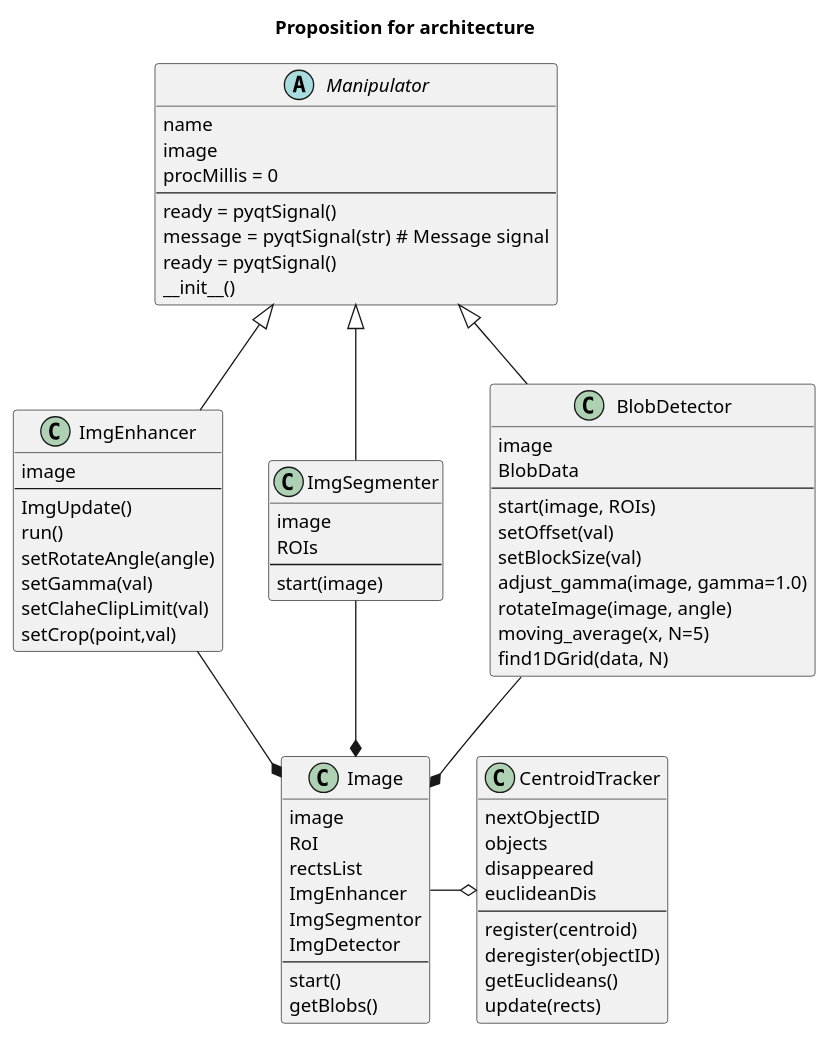
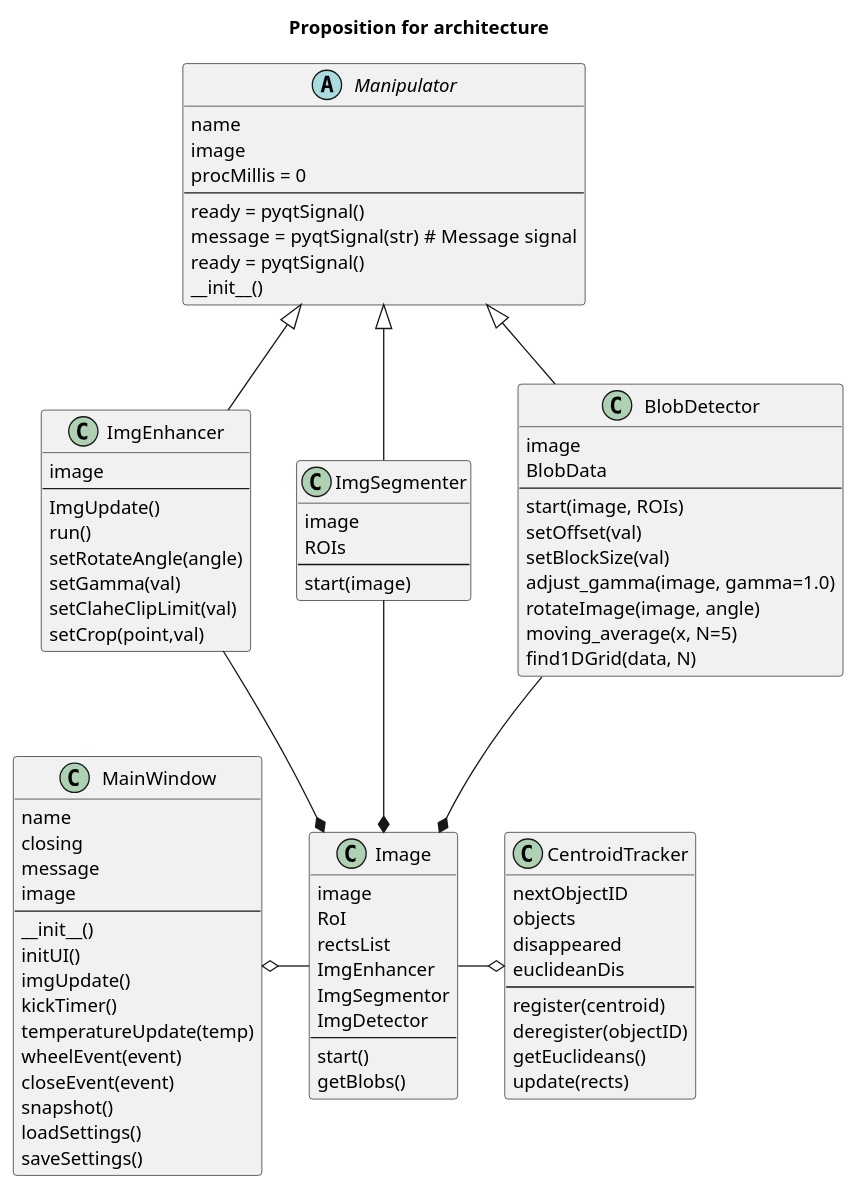
One commit to HANprojectsENG/SPOT2 changed the diagram in classdiagram.puml. Above: the diagram before and after it, drawn with PlantUML.

Commit message:
updated classdiagram

```diff
--- a/classdiagram.puml
+++ b/classdiagram.puml
@@ -1,78 +1,97 @@
 @@startuml
 
 title "Proposition for architecture"
 
 abstract Manipulator{
     name
     image
     procMillis = 0 
     --
     ready = pyqtSignal()
     message = pyqtSignal(str)  # Message signal
     ready = pyqtSignal()
     __init__()
 }
 
 class ImgEnhancer{
     image
     --
     ImgUpdate()
     run()
     setRotateAngle(angle)
     setGamma(val)
     setClaheClipLimit(val)
     setCrop(point,val)
 }
 
 class ImgSegmenter{
     image
     ROIs
     --
     start(image)
 }
 
 class BlobDetector{
     image
     BlobData
     --
     start(image, ROIs)
     setOffset(val)
     setBlockSize(val)
     adjust_gamma(image, gamma=1.0)
     rotateImage(image, angle)
     moving_average(x, N=5)
     find1DGrid(data, N)
 }
 
 class Image{
     image
     RoI
     rectsList
     ImgEnhancer
     ImgSegmentor
     ImgDetector
     --
     start()
     getBlobs()
 }
 
 class CentroidTracker{
     nextObjectID
 	objects 
 	disappeared
 	euclideanDis
     --
     register(centroid)
     deregister(objectID)
     getEuclideans()
     update(rects)
 }
 
+class MainWindow{
+    name
+    closing
+    message
+    image
+    --
+    __init__()
+    initUI()
+    imgUpdate()
+    kickTimer()
+    temperatureUpdate(temp)
+    wheelEvent(event)
+    closeEvent(event)
+    snapshot()
+    loadSettings()
+    saveSettings()
+}
+
 BlobDetector -up-|> Manipulator
 ImgEnhancer -up-|> Manipulator
 ImgSegmenter -up-|> Manipulator
 BlobDetector --* Image
 ImgSegmenter --* Image
 ImgEnhancer --* Image
 Image -right-o CentroidTracker
+Image -left-o MainWindow
 @@enduml
```
